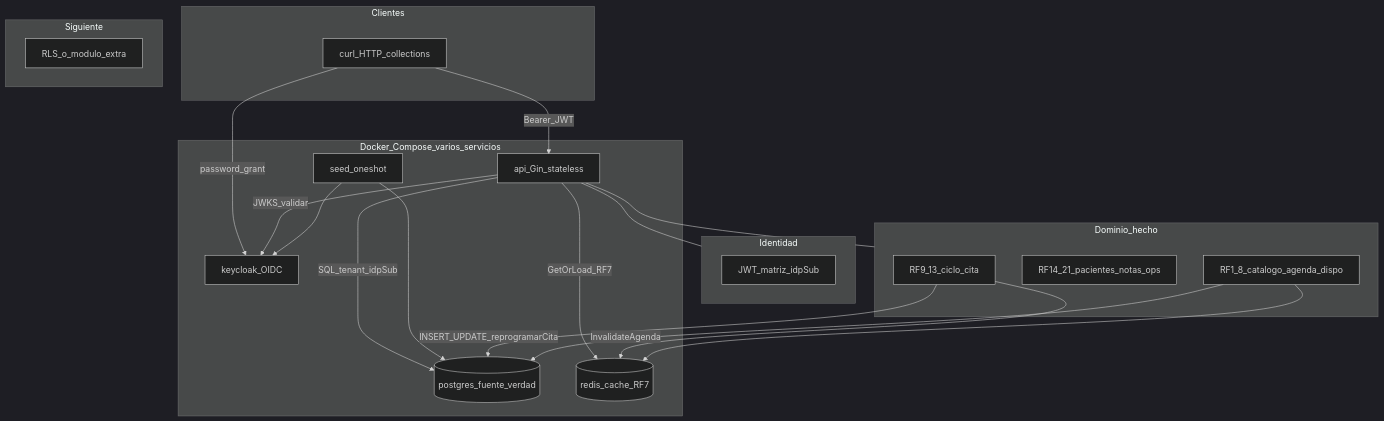
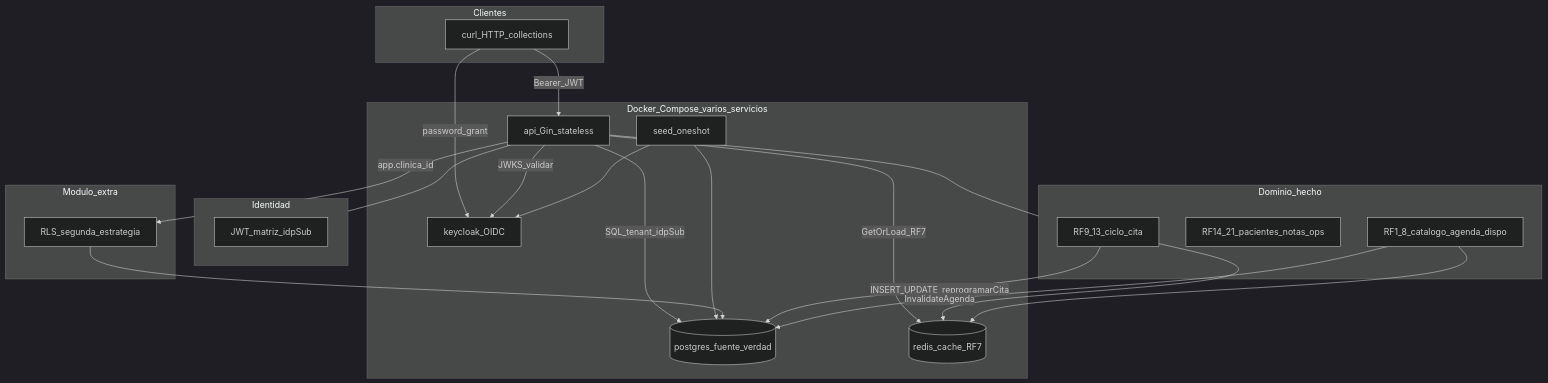
Before and after one commit to EliPoli64/medicitas: the first of 2 diagrams in docs/arquitectura-etapa1.md, drawn with Mermaid (dark theme). The commit also changed other lines of this file and 30 other files, not shown here.

````diff
--- a/docs/arquitectura-etapa1.md
+++ b/docs/arquitectura-etapa1.md
@@ -7,43 +7,45 @@
 ```mermaid
 flowchart TB
   subgraph clients [Clientes]
     curl[curl_HTTP_collections]
   end
 
   subgraph compose [Docker_Compose_varios_servicios]
     KC[keycloak_OIDC]
     API[api_Gin_stateless]
     PG[(postgres_fuente_verdad)]
     RD[(redis_cache_RF7)]
     SEED[seed_oneshot]
   end
 
   curl -->|"Bearer_JWT"| API
   curl -->|"password_grant"| KC
   API -->|"JWKS_validar"| KC
   API -->|"SQL_tenant_idpSub"| PG
   API -->|"GetOrLoad_RF7"| RD
   SEED --> PG
   SEED --> KC
 
   subgraph identity [Identidad]
     auth[JWT_matriz_idpSub]
   end
 
   subgraph dominio [Dominio_hecho]
     rf1to8[RF1_8_catalogo_agenda_dispo]
     rf14to21[RF14_21_pacientes_notas_ops]
     rf9to13[RF9_13_ciclo_cita]
   end
 
-  subgraph nextUp [Siguiente]
-    extra[RLS_o_modulo_extra]
+  subgraph extra [Modulo_extra]
+    rls[RLS_segunda_estrategia]
   end
 
   API --- identity
   API --- dominio
+  API -->|"app.clinica_id"| rls
+  rls --> PG
   rf9to13 -->|"INSERT_UPDATE_reprogramarCita"| PG
   rf9to13 -->|"InvalidateAgenda"| RD
   rf1to8 --> PG
   rf1to8 --> RD
 ```
````
